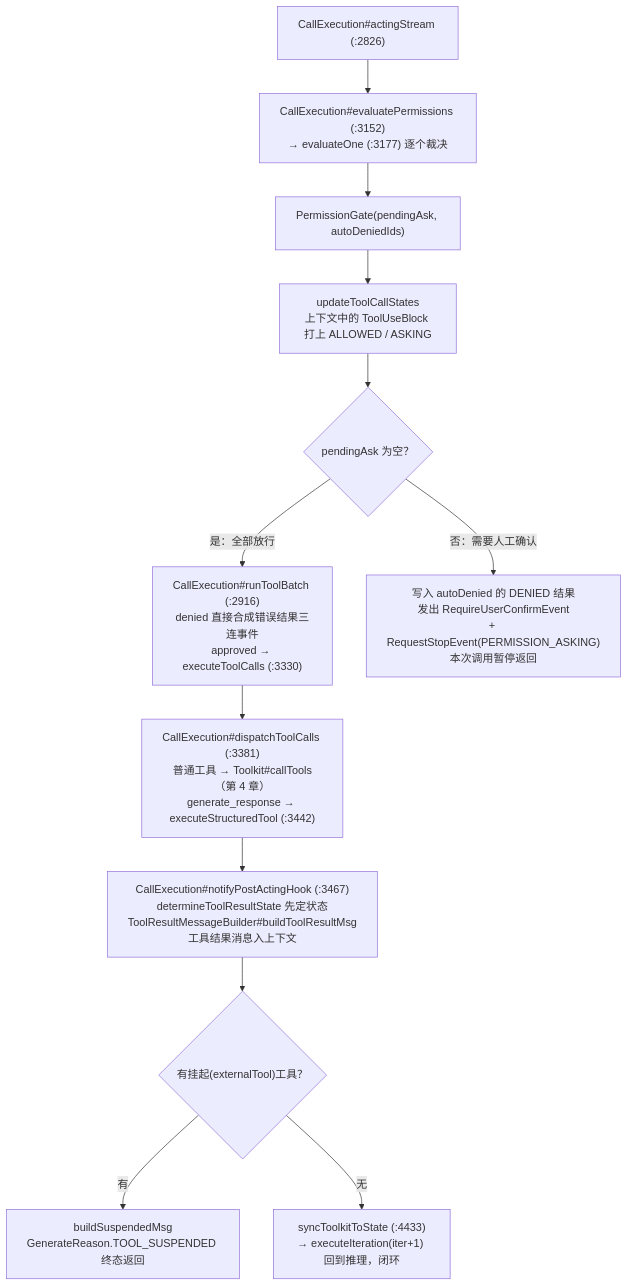
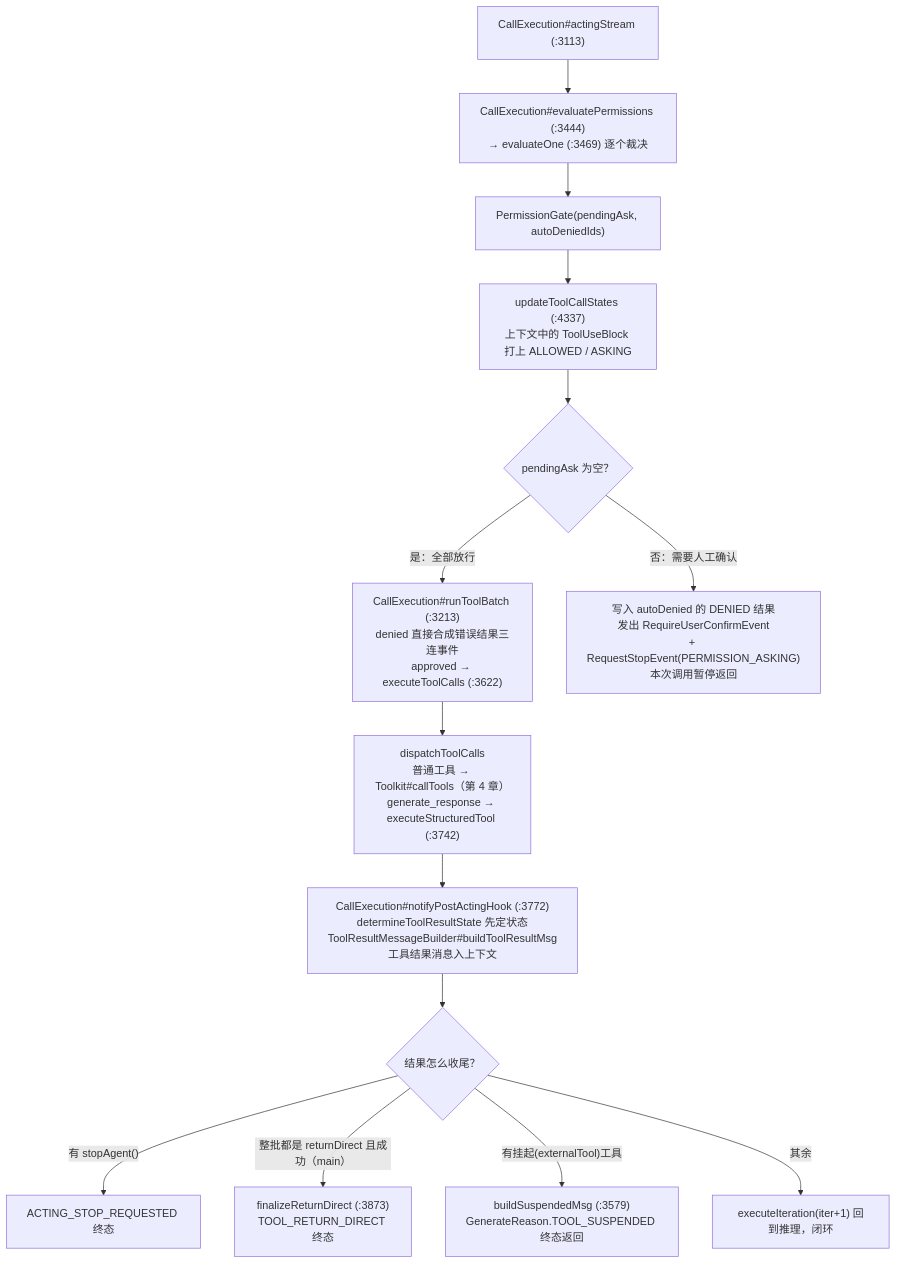
Before and after one commit to liulangjietou/AgentScope-source-analysis: the fourth of 6 diagrams in 03-ReAct主循环.md, drawn with Mermaid. The commit also changed other lines of this file, not shown here.

Commit message:
docs(ch03): sync ReAct main loop to upstream main e9721285

````diff
--- a/03-ReAct主循环.md
+++ b/03-ReAct主循环.md
@@ -187,14 +219,16 @@
 ```mermaid
 flowchart TB
-    START["CallExecution#actingStream (:2826)"] --> EVAL["CallExecution#evaluatePermissions (:3152)<br/>→ evaluateOne (:3177) 逐个裁决"]
+    START["CallExecution#actingStream (:3113)"] --> EVAL["CallExecution#evaluatePermissions (:3444)<br/>→ evaluateOne (:3469) 逐个裁决"]
     EVAL --> GATE["PermissionGate(pendingAsk, autoDeniedIds)"]
-    GATE --> UPD["updateToolCallStates<br/>上下文中的 ToolUseBlock 打上 ALLOWED / ASKING"]
+    GATE --> UPD["updateToolCallStates (:4337)<br/>上下文中的 ToolUseBlock 打上 ALLOWED / ASKING"]
     UPD --> Q{"pendingAsk 为空？"}
-    Q -->|"是：全部放行"| RUN["CallExecution#runToolBatch (:2916)<br/>denied 直接合成错误结果三连事件<br/>approved → executeToolCalls (:3330)"]
+    Q -->|"是：全部放行"| RUN["CallExecution#runToolBatch (:3213)<br/>denied 直接合成错误结果三连事件<br/>approved → executeToolCalls (:3622)"]
     Q -->|"否：需要人工确认"| ASK["写入 autoDenied 的 DENIED 结果<br/>发出 RequireUserConfirmEvent<br/>+ RequestStopEvent(PERMISSION_ASKING)<br/>本次调用暂停返回"]
-    RUN --> DISPATCH["CallExecution#dispatchToolCalls (:3381)<br/>普通工具 → Toolkit#callTools（第 4 章）<br/>generate_response → executeStructuredTool (:3442)"]
-    DISPATCH --> POST["CallExecution#notifyPostActingHook (:3467)<br/>determineToolResultState 先定状态<br/>ToolResultMessageBuilder#buildToolResultMsg<br/>工具结果消息入上下文"]
-    POST --> NEXT{"有挂起(externalTool)工具？"}
-    NEXT -->|"有"| SUSP["buildSuspendedMsg<br/>GenerateReason.TOOL_SUSPENDED 终态返回"]
-    NEXT -->|"无"| ITER["syncToolkitToState (:4433)<br/>→ executeIteration(iter+1) 回到推理，闭环"]
+    RUN --> DISPATCH["dispatchToolCalls<br/>普通工具 → Toolkit#callTools（第 4 章）<br/>generate_response → executeStructuredTool (:3742)"]
+    DISPATCH --> POST["CallExecution#notifyPostActingHook (:3772)<br/>determineToolResultState 先定状态<br/>ToolResultMessageBuilder#buildToolResultMsg<br/>工具结果消息入上下文"]
+    POST --> NEXT{"结果怎么收尾？"}
+    NEXT -->|"有 stopAgent()"| STOP["ACTING_STOP_REQUESTED 终态"]
+    NEXT -->|"整批都是 returnDirect 且成功（main）"| RD["finalizeReturnDirect (:3873)<br/>TOOL_RETURN_DIRECT 终态"]
+    NEXT -->|"有挂起(externalTool)工具"| SUSP["buildSuspendedMsg (:3579)<br/>GenerateReason.TOOL_SUSPENDED 终态返回"]
+    NEXT -->|"其余"| ITER["executeIteration(iter+1) 回到推理，闭环"]
 ```
````
